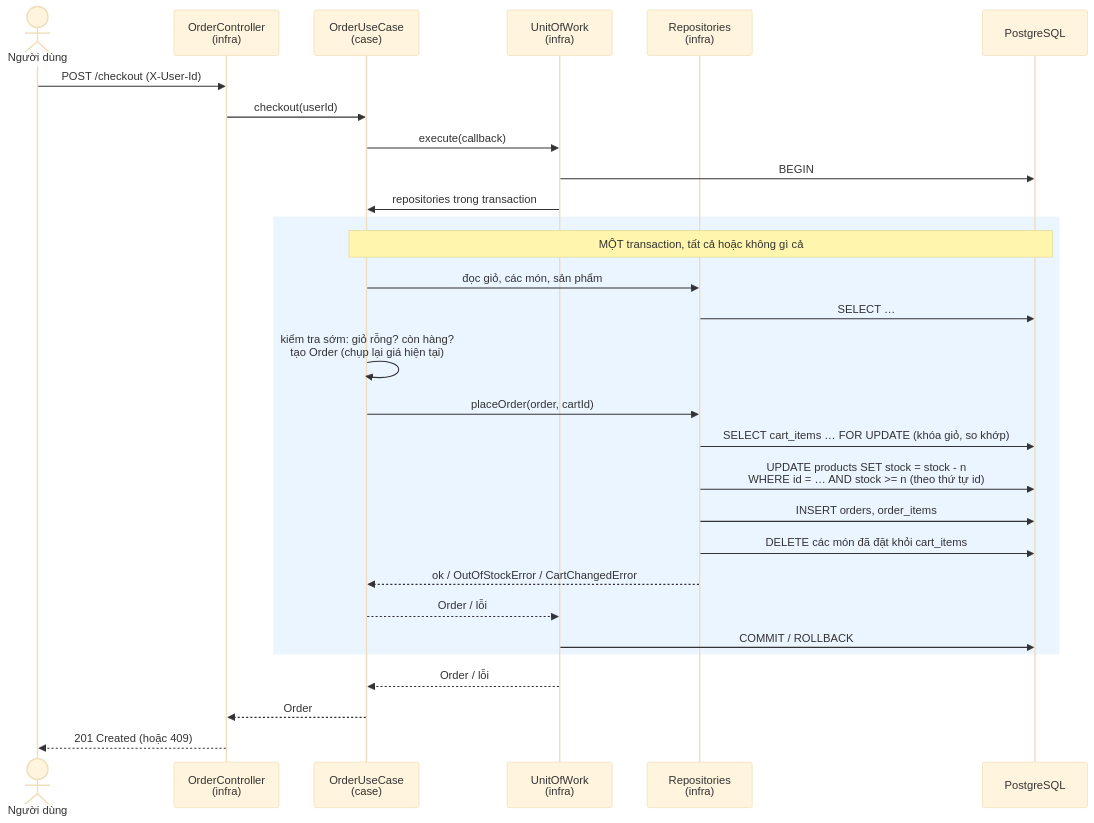
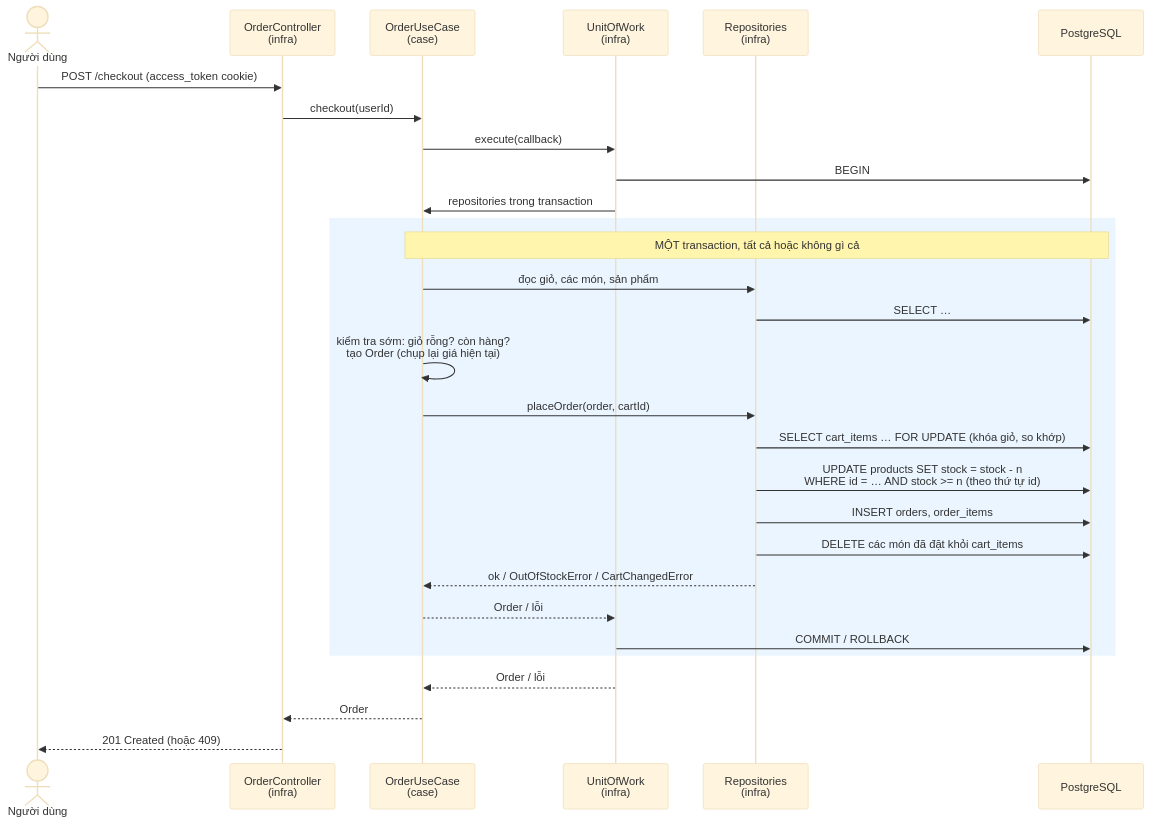
One commit to justapieop/shopeer changed the diagram in docs/cart-checkout.md. Above: the diagram before and after it, drawn with Mermaid (base theme). The commit also changed other lines of this file and 15 other files, not shown here.

````diff
--- a/docs/cart-checkout.md
+++ b/docs/cart-checkout.md
@@ -91,32 +92,32 @@
 ```mermaid
 sequenceDiagram
     actor U as Người dùng
     participant C as OrderController<br/>(infra)
     participant UC as OrderUseCase<br/>(case)
     participant W as UnitOfWork<br/>(infra)
     participant R as Repositories<br/>(infra)
     participant DB as PostgreSQL
 
-    U->>C: POST /checkout (X-User-Id)
+    U->>C: POST /checkout (access_token cookie)
     C->>UC: checkout(userId)
     UC->>W: execute(callback)
     W->>DB: BEGIN
     W->>UC: repositories trong transaction
     rect rgb(235, 245, 255)
     note over UC,DB: MỘT transaction, tất cả hoặc không gì cả
     UC->>R: đọc giỏ, các món, sản phẩm
     R->>DB: SELECT …
     UC->>UC: kiểm tra sớm: giỏ rỗng? còn hàng?<br/>tạo Order (chụp lại giá hiện tại)
     UC->>R: placeOrder(order, cartId)
     R->>DB: SELECT cart_items … FOR UPDATE (khóa giỏ, so khớp)
     R->>DB: UPDATE products SET stock = stock - n<br/>WHERE id = … AND stock >= n (theo thứ tự id)
     R->>DB: INSERT orders, order_items
     R->>DB: DELETE các món đã đặt khỏi cart_items
     R-->>UC: ok / OutOfStockError / CartChangedError
     UC-->>W: Order / lỗi
     W->>DB: COMMIT / ROLLBACK
     end
     W-->>UC: Order / lỗi
     UC-->>C: Order
     C-->>U: 201 Created (hoặc 409)
 ```
````
